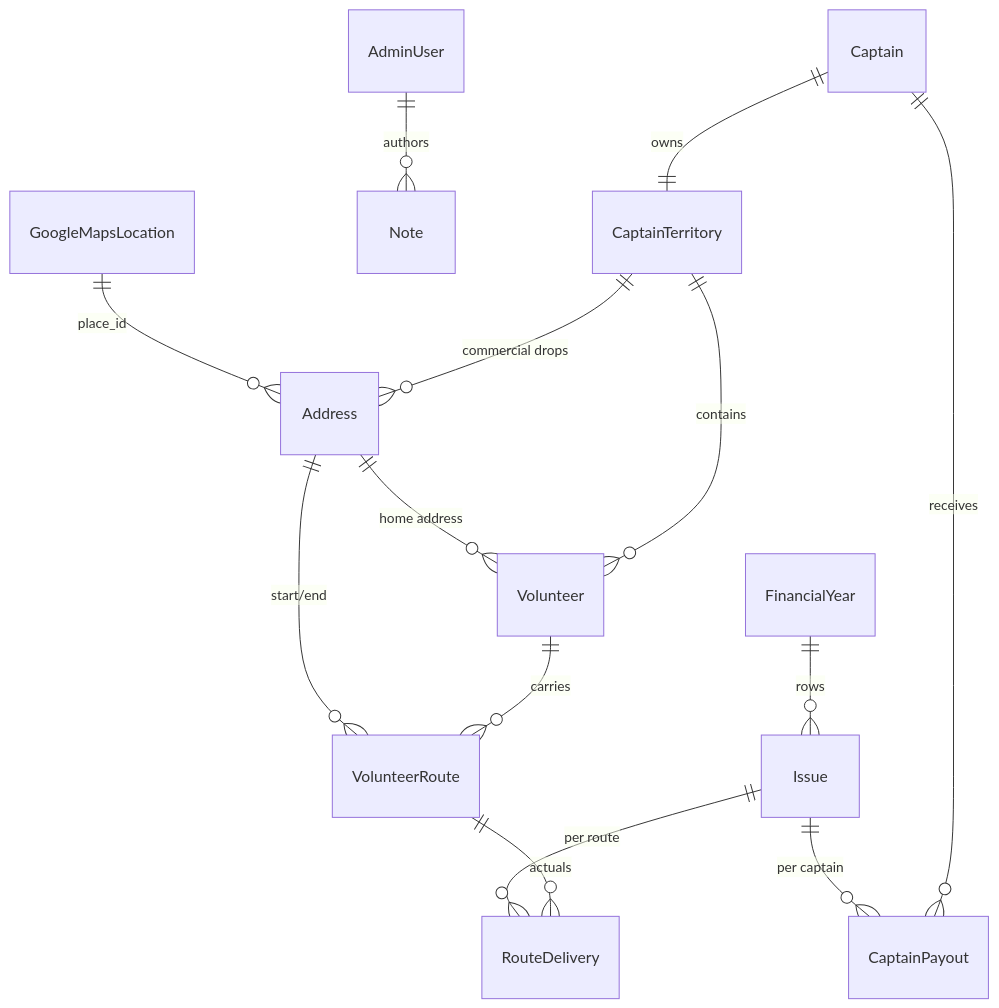
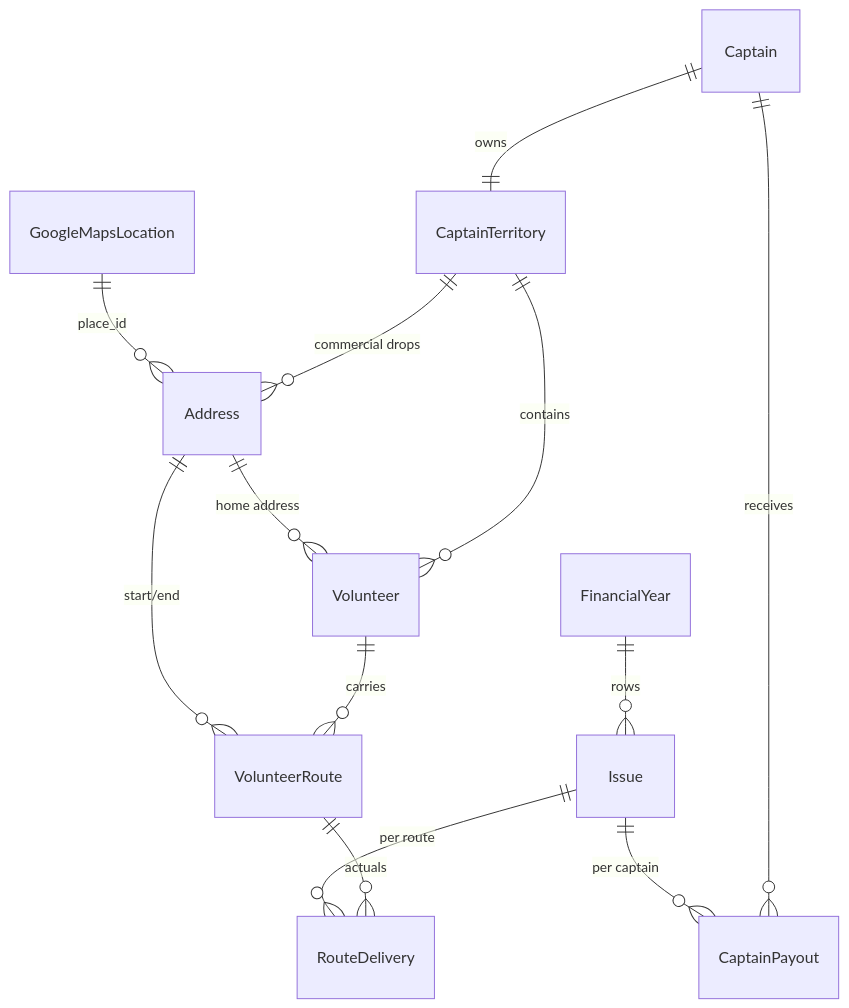
The diagram in docs/schema/data_model.md (uwblueprint/beach-metro), drawn with Mermaid before and after one commit. The commit also changed other lines of this file and 4 other files, not shown here.

````diff
--- a/docs/schema/data_model.md
+++ b/docs/schema/data_model.md
@@ -363,16 +349,15 @@
 ```mermaid
 erDiagram
   GoogleMapsLocation ||--o{ Address : "place_id"
-  AdminUser ||--o{ Note : authors
   Address ||--o{ Volunteer : "home address"
   Address ||--o{ VolunteerRoute : "start/end"
   CaptainTerritory ||--o{ Address : "commercial drops"
   Captain ||--|| CaptainTerritory : owns
   CaptainTerritory ||--o{ Volunteer : "contains"
   Volunteer ||--o{ VolunteerRoute : carries
   FinancialYear ||--o{ Issue : "rows"
   Issue ||--o{ CaptainPayout : "per captain"
   Captain ||--o{ CaptainPayout : "receives"
   Issue ||--o{ RouteDelivery : "per route"
   VolunteerRoute ||--o{ RouteDelivery : "actuals"
 ```
````
